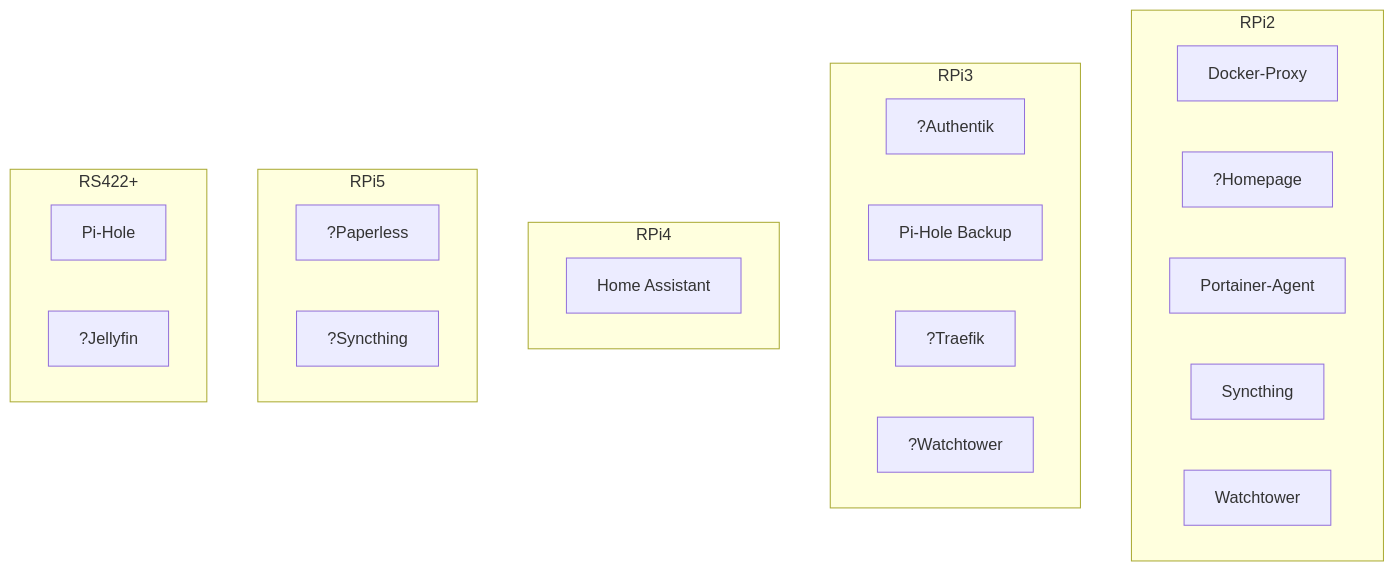
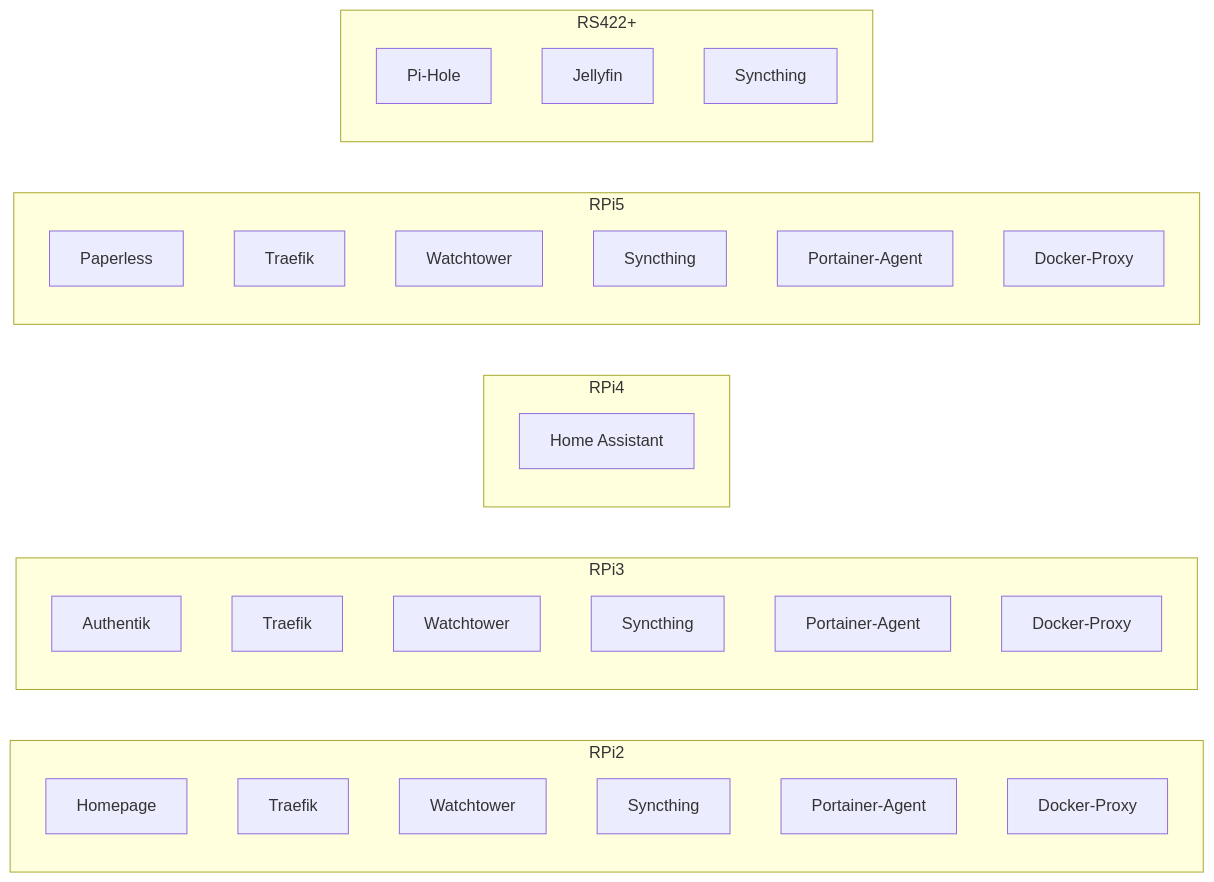
Before and after one commit to CFenner/homelab: the diagram in README.md, drawn with Mermaid.

````diff
--- a/README.md
+++ b/README.md
@@ -3,36 +3,42 @@
 ```mermaid
 
-flowchart TD
+flowchart LR
 
   subgraph RPi2
-    Docker-Proxy
-    ?Homepage
-    Portainer-Agent
-    Syncthing
-    Watchtower
+    Homepage
+    traefik-rpi2[Traefik]
+    watchtower-rpi2[Watchtower]
+    syncthing-rpi2[Syncthing]
+    portainer-rpi2[Portainer-Agent]
+    pockerproxy-rpi2[Docker-Proxy]
   end
 
   subgraph RPi3
-    ?Authentik
-    pihole2[Pi-Hole Backup]
-    ?Traefik
-    ?Watchtower
+    Authentik
+    traefik-rpi3[Traefik]
+    watchtower-rpi3[Watchtower]
+    syncthing-rpi3[Syncthing]
+    portainer-rpi3[Portainer-Agent]
+    pockerproxy-rpi3[Docker-Proxy]
   end
 
   subgraph RPi4
     ha[Home Assistant]
   end
 
   subgraph RPi5
-    ?Paperless
-    ?Syncthing
-    ?Watchtower
+    Paperless
+    traefik-rpi5[Traefik]
+    watchtower-rpi5[Watchtower]
+    syncthing-rpi5[Syncthing]
+    portainer-rpi5[Portainer-Agent]
+    pockerproxy-rpi5[Docker-Proxy]
   end
 
   subgraph RS422+
     Pi-Hole
-    ?Jellyfin
-    Syncthing
+    Jellyfin
+    syncthing[Syncthing]
   end
 
 ```
````
